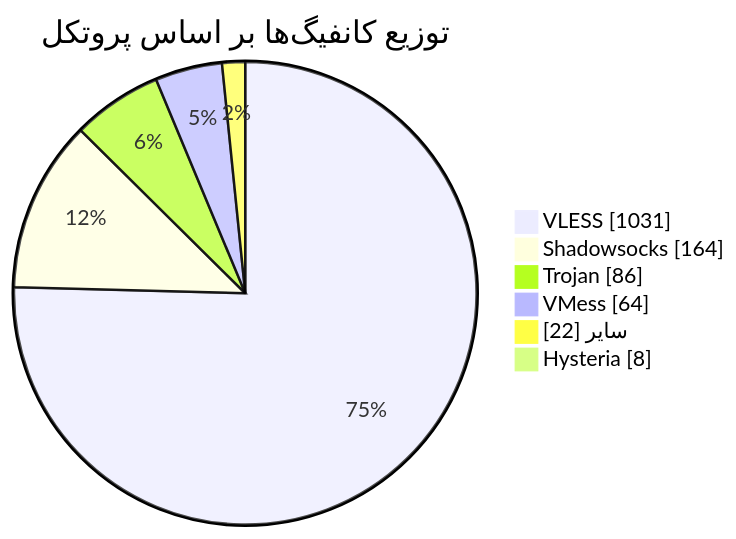
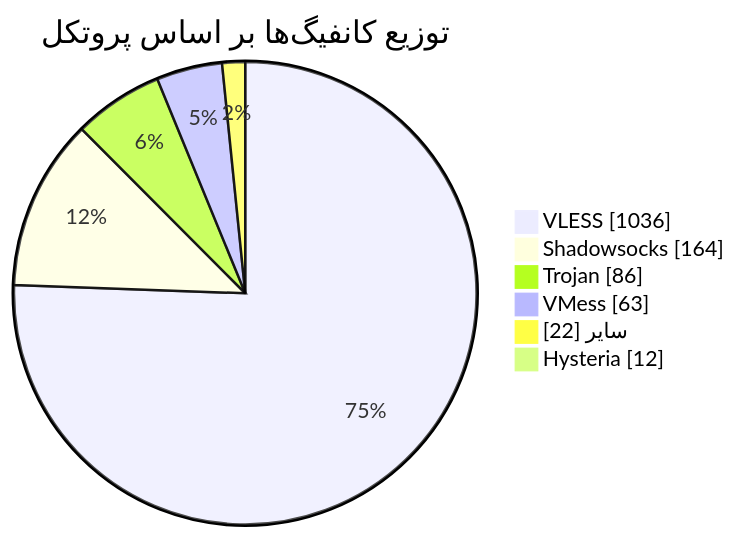
Before and after one commit to Arian-Alijani/Somthing: the diagram in README.md, drawn with Mermaid. The commit also changed other lines of this file and 91 other files, not shown here.

````diff
--- a/README.md
+++ b/README.md
@@ -50,10 +50,10 @@
 ```mermaid
 pie showData
     title توزیع کانفیگ‌ها بر اساس پروتکل
-    "VLESS" : 1031
+    "VLESS" : 1036
     "Shadowsocks" : 164
     "Trojan" : 86
-    "VMess" : 64
+    "VMess" : 63
     "سایر" : 22
-    "Hysteria" : 8
+    "Hysteria" : 12
 ```
````
